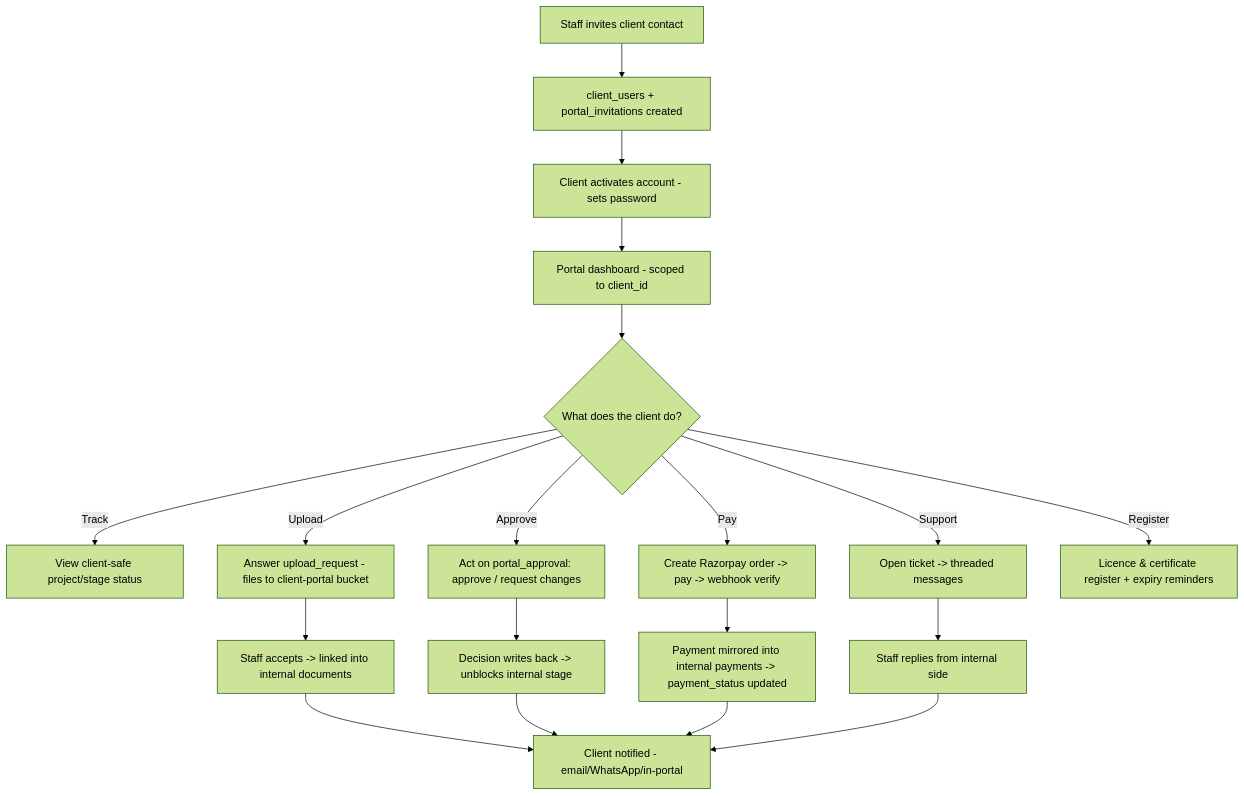
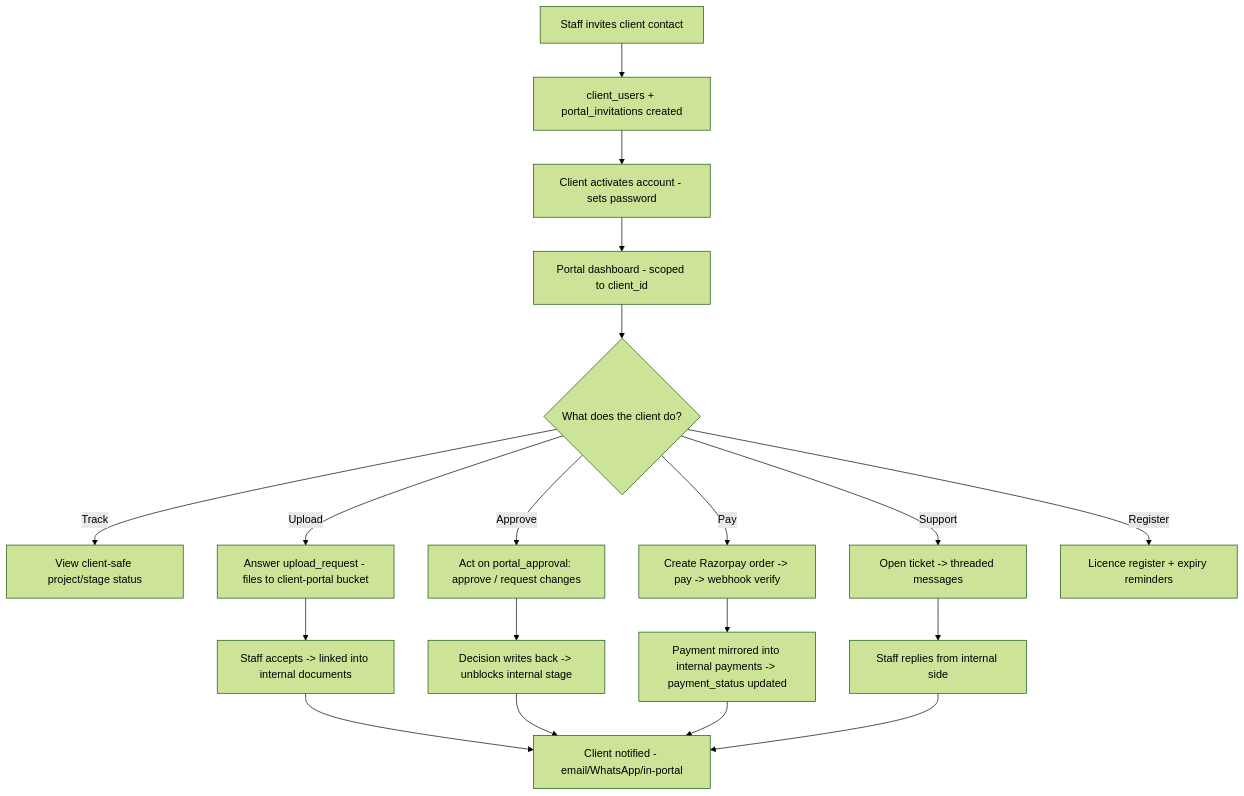
The first of 4 diagrams in docs/architecture/modules/customer-portal.md (taruntps/tps-oms), drawn with Mermaid (forest theme) before and after one commit. The commit also changed other lines of this file and 21 other files, not shown here.

````diff
--- a/docs/architecture/modules/customer-portal.md
+++ b/docs/architecture/modules/customer-portal.md
@@ -52,18 +54,18 @@
 ```mermaid
 flowchart TD
   A[Staff invites client contact] --> B[client_users + portal_invitations created]
   B --> C[Client activates account - sets password]
   C --> D[Portal dashboard - scoped to client_id]
   D --> E{What does the client do?}
   E -->|Track| F[View client-safe project/stage status]
   E -->|Upload| G[Answer upload_request - files to client-portal bucket]
   E -->|Approve| H[Act on portal_approval: approve / request changes]
   E -->|Pay| I[Create Razorpay order -> pay -> webhook verify]
   E -->|Support| J[Open ticket -> threaded messages]
-  E -->|Register| K[Licence & certificate register + expiry reminders]
+  E -->|Register| K[Licence register + expiry reminders]
   G --> L[Staff accepts -> linked into internal documents]
   H --> M[Decision writes back -> unblocks internal stage]
   I --> N[Payment mirrored into internal payments -> payment_status updated]
   J --> O[Staff replies from internal side]
   L & M & N & O --> P[Client notified - email/WhatsApp/in-portal]
 ```
````
